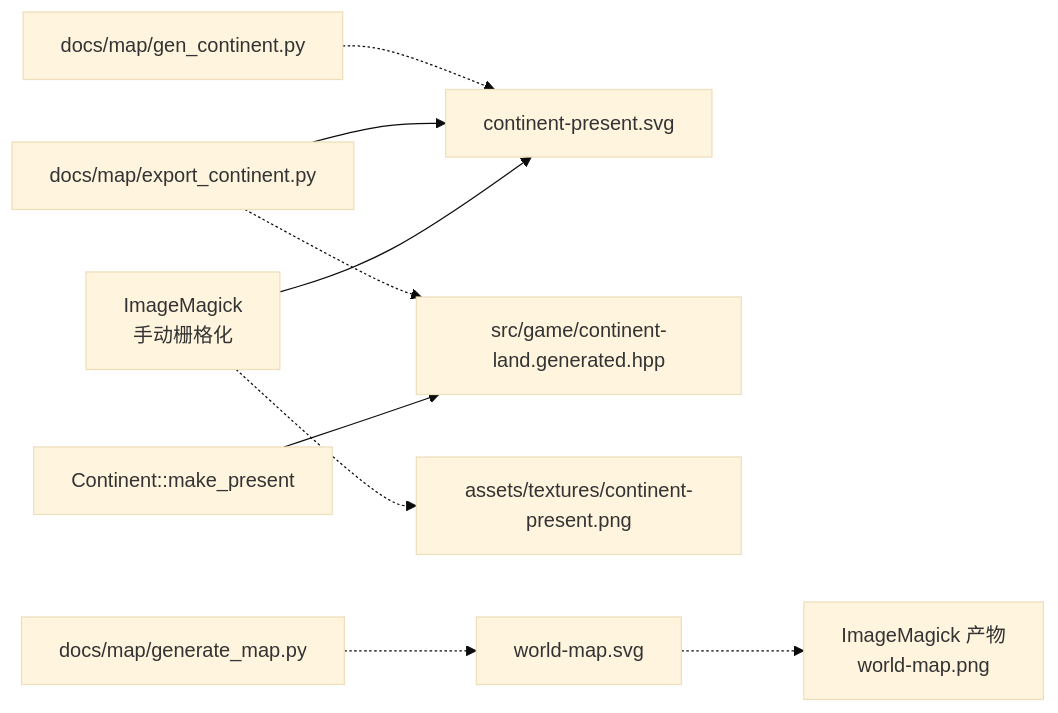
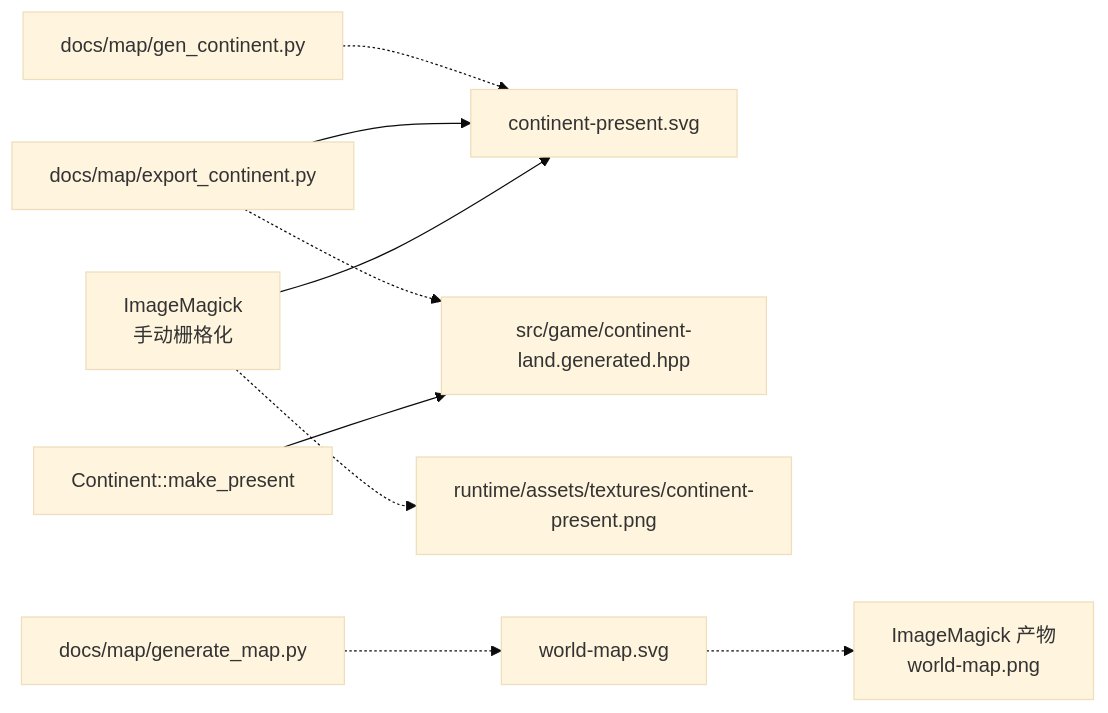
One commit to Plut084/lc1 changed the tenth of 10 diagrams in docs/module-dependencies.md. Above: the diagram before and after it, drawn with Mermaid (base theme). The commit also changed other lines of this file and 35 other files, not shown here.

````diff
--- a/docs/module-dependencies.md
+++ b/docs/module-dependencies.md
@@ -372,11 +372,11 @@
 ```mermaid
 flowchart LR
     gen["docs/map/gen_continent.py"] -.-> svg["continent-present.svg"]
     export["docs/map/export_continent.py"] --> svg
     export -.-> land["src/game/continent-land.generated.hpp"]
     continent["Continent::make_present"] --> land
     raster["ImageMagick<br/>手动栅格化"] --> svg
-    raster -.-> texture["assets/textures/continent-present.png"]
+    raster -.-> texture["runtime/assets/textures/continent-present.png"]
     old["docs/map/generate_map.py"] -.-> world["world-map.svg"]
     world -.-> png["ImageMagick 产物<br/>world-map.png"]
 ```
````
